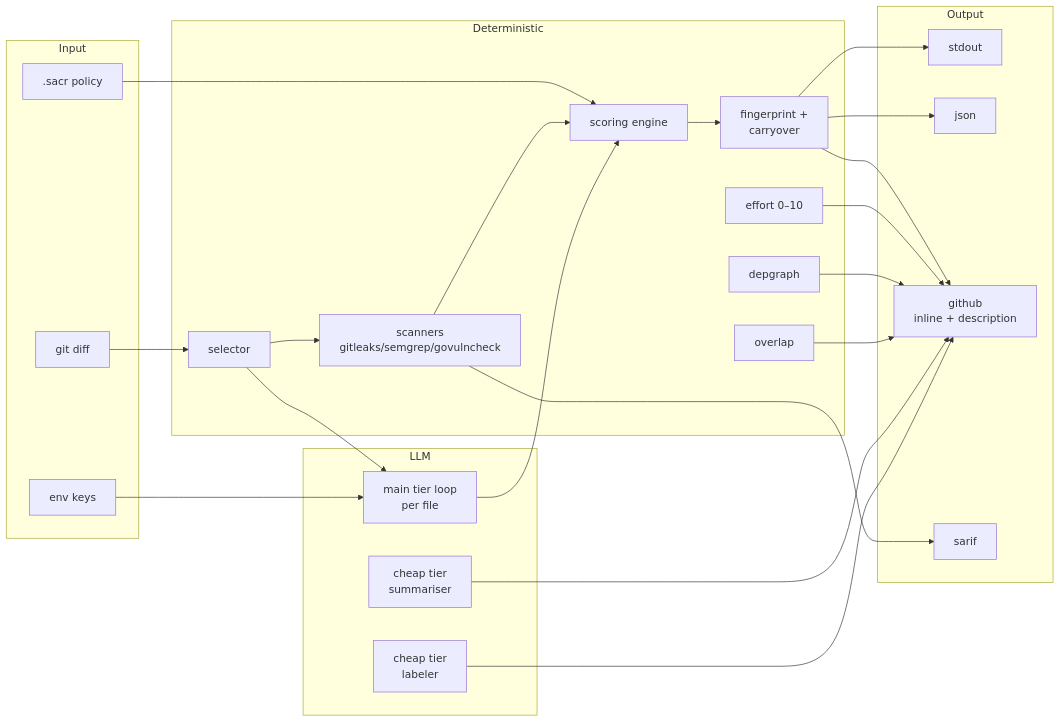
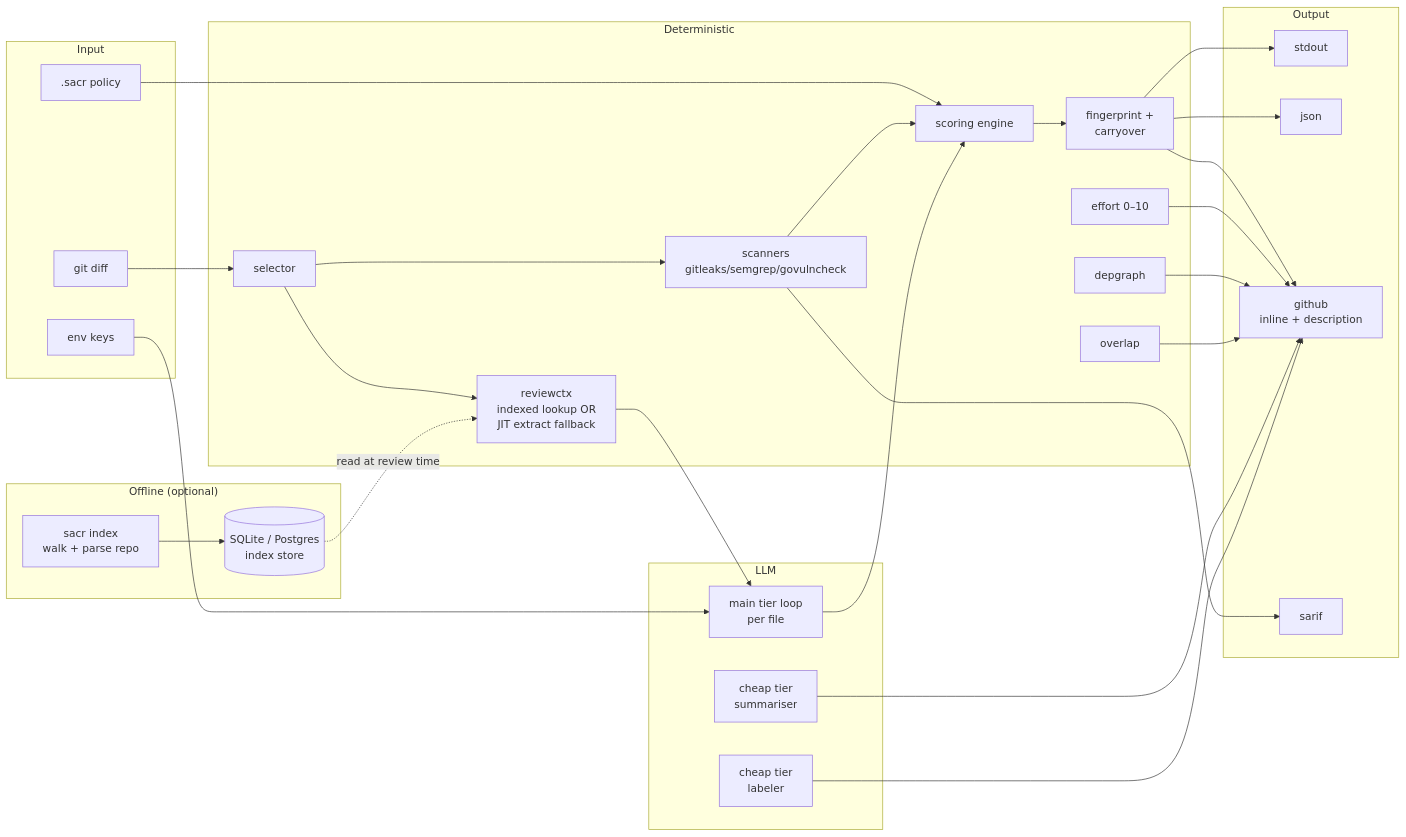
One commit to shubam-disseqt/shubam-ai-code-reviewer changed the diagram in README.md. Above: the diagram before and after it, drawn with Mermaid. The commit also changed 2 other files, not shown here.

First paragraph of the commit message:
docs: make indexing a first-class step in every pipeline diagram
Two issues surfaced at once:

````diff
--- a/README.md
+++ b/README.md
@@ -95,46 +95,56 @@
 ```mermaid
 flowchart LR
+  subgraph Offline["Offline (optional)"]
+    IX0["sacr index<br/>walk + parse repo"]
+    IX1[(SQLite / Postgres<br/>index store)]
+    IX0 --> IX1
+  end
+
   subgraph Input
     A1[git diff]
     A2[.sacr policy]
     A3[env keys]
   end
 
   subgraph Deterministic
     B1[selector]
     B2[scanners<br/>gitleaks/semgrep/govulncheck]
     B3[scoring engine]
     B4[fingerprint +<br/>carryover]
     B5[effort 0–10]
     B6[depgraph]
     B7[overlap]
+    CTX["reviewctx<br/>indexed lookup OR<br/>JIT extract fallback"]
   end
 
   subgraph LLM
     C1[main tier loop<br/>per file]
     C2[cheap tier<br/>summariser]
     C3[cheap tier<br/>labeler]
   end
 
   subgraph Output
     D1[stdout]
     D2[json]
     D3[github<br/>inline + description]
     D4[sarif]
   end
 
-  A1 --> B1 --> C1
+  A1 --> B1
+  B1 --> CTX
+  IX1 -. read at review time .-> CTX
+  CTX --> C1
   A2 --> B3
   A3 --> C1
   B1 --> B2 --> B3
   C1 --> B3
   B3 --> B4 --> D1
   B4 --> D2
   B4 --> D3
   B2 --> D4
   B5 --> D3
   B6 --> D3
   B7 --> D3
   C2 --> D3
   C3 --> D3
 ```
````
